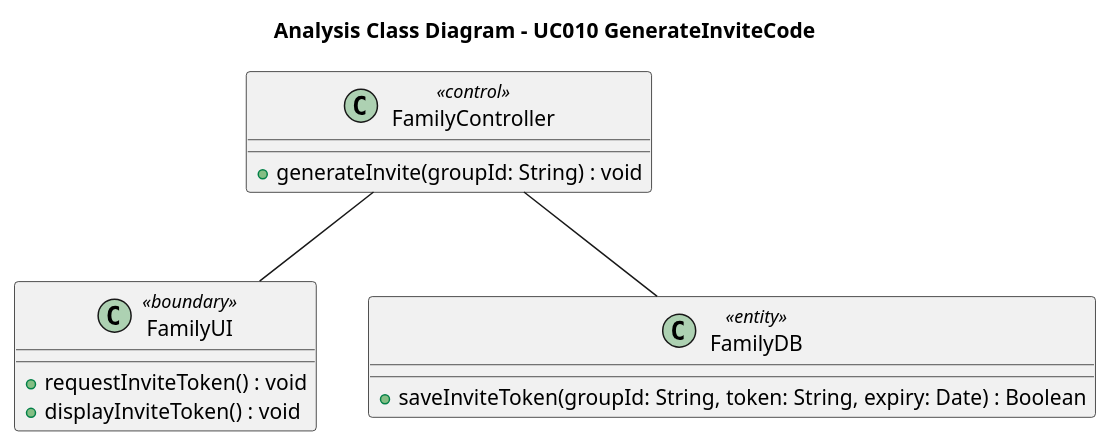
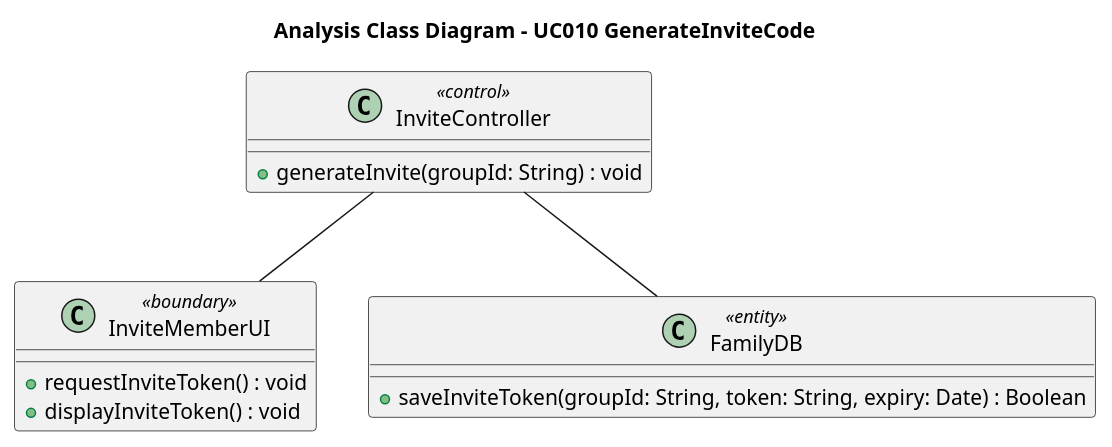
Before and after one commit to Alt2210/NaviMart: the diagram in diagrams/Module_2_FamilyGroup/UC010_Tạo_mã_mờiLink_mời_thành_viên_mới_Analysis.puml, drawn with PlantUML. The commit also changed 113 other files, not shown here.

```diff
--- a/diagrams/Module_2_FamilyGroup/UC010_Tạo_mã_mờiLink_mời_thành_viên_mới_Analysis.puml
+++ b/diagrams/Module_2_FamilyGroup/UC010_Tạo_mã_mờiLink_mời_thành_viên_mới_Analysis.puml
@@ -1,17 +1,17 @@
 @startuml
 title Analysis Class Diagram - UC010 GenerateInviteCode
 
-class "FamilyUI" as UI <<boundary>> {
+class "InviteMemberUI" as UI <<boundary>> {
   + requestInviteToken() : void
   + displayInviteToken() : void
 }
-class "FamilyController" as Controller <<control>> {
+class "InviteController" as Controller <<control>> {
   + generateInvite(groupId: String) : void
 }
 class "FamilyDB" as Entity <<entity>> {
   + saveInviteToken(groupId: String, token: String, expiry: Date) : Boolean
 }
 
 Controller -- UI
 Controller -- Entity
 @enduml
```
